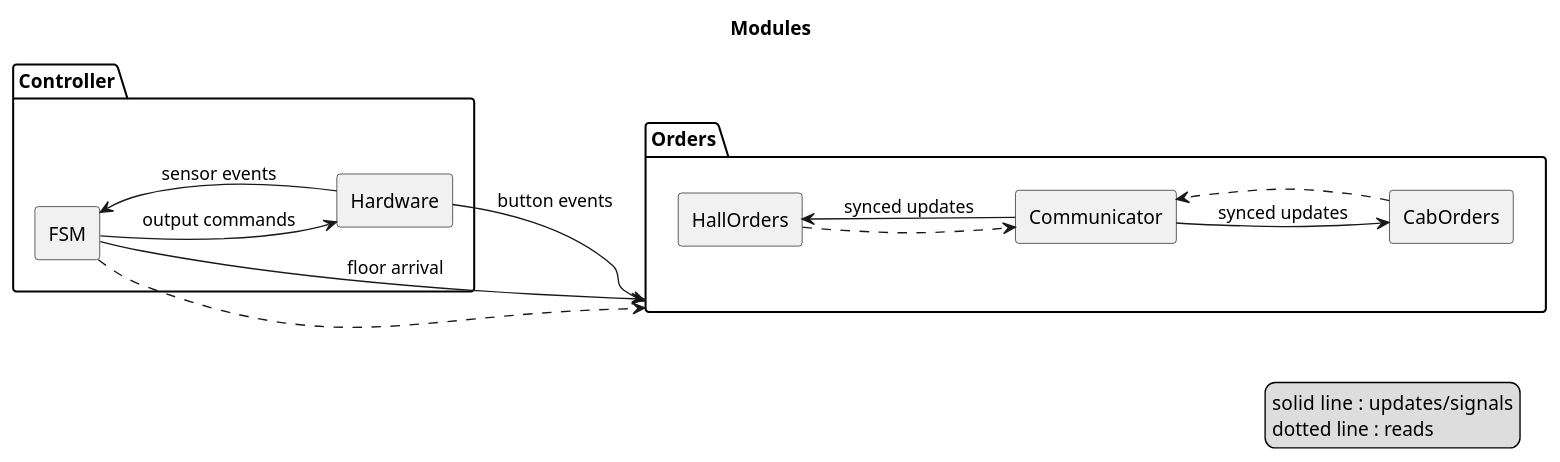
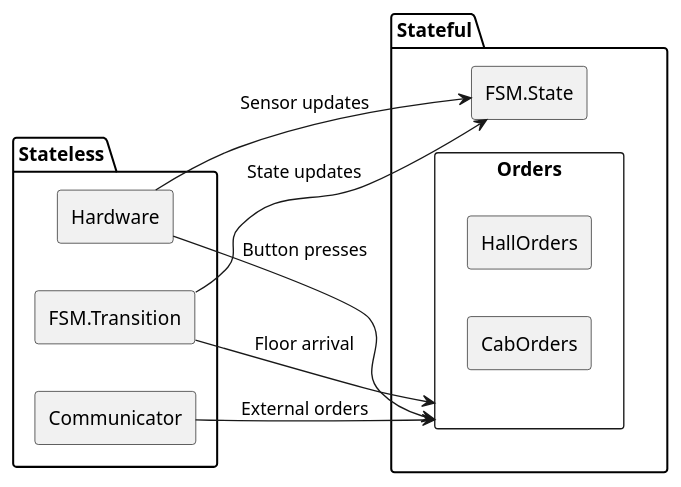
One commit to DxMarch/elevator changed the diagram in docs/diagrams/modules.puml. Above: the diagram before and after it, drawn with PlantUML. The commit also changed 1 other file, not shown here.

Commit message:
docs: module diagrams - chanegd to sateful and stateless - removed detailed mudule dirgram.

```diff
--- a/docs/diagrams/modules.puml
+++ b/docs/diagrams/modules.puml
@@ -1,36 +1,29 @@
 @startuml modules
-title Modules
+' title Modules
 ' high-level module architecture
 
 skinparam componentStyle rectangle
 ' skinparam linetype ortho
 left to right direction
 
-package "Controller" as Controller {
-    component "FSM" as FSM
-    component "Hardware" as Hardware
-
-    Hardware --> FSM : sensor events
-    FSM --> Hardware : output commands
+package Stateful {
+    component FSM.State
+    component Orders {
+        component HallOrders
+        component CabOrders
+    }
 }
 
-package "Orders" as Orders {
-    component "HallOrders" as HallOrders
-    component "CabOrders" as CabOrders
-    component "Communicator" as Communicator
-
-    Communicator --> HallOrders : synced updates
-    Communicator --> CabOrders : synced updates
-    HallOrders ..> Communicator
-    CabOrders ..> Communicator
+package Stateless {
+    component FSM.Transition
+    component Communicator
+    component Hardware
 }
 
-Hardware --> Orders : button events
-FSM --> Orders : floor arrival
-FSM ..> Orders
+Hardware --> FSM.State : Sensor updates
+Hardware --> Orders : Button presses
+FSM.Transition --> FSM.State : State updates
+FSM.Transition --> Orders : Floor arrival
+Communicator --> Orders : External orders
 
-legend right
-solid line  : updates/signals
-dotted line : reads
-endlegend
 @enduml
```
